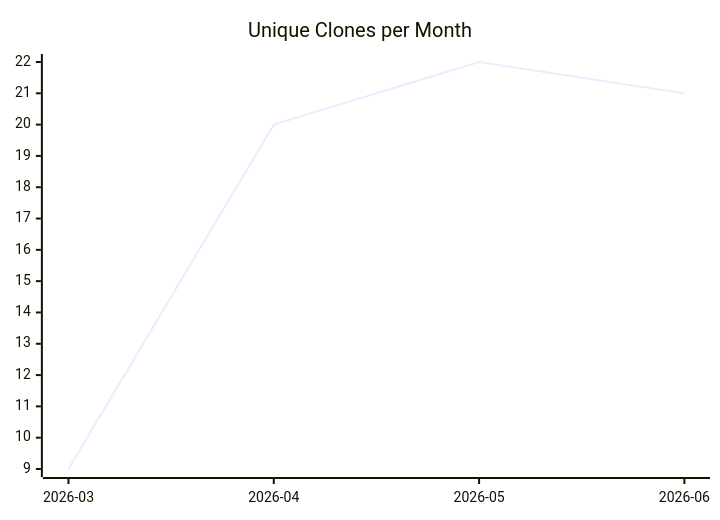
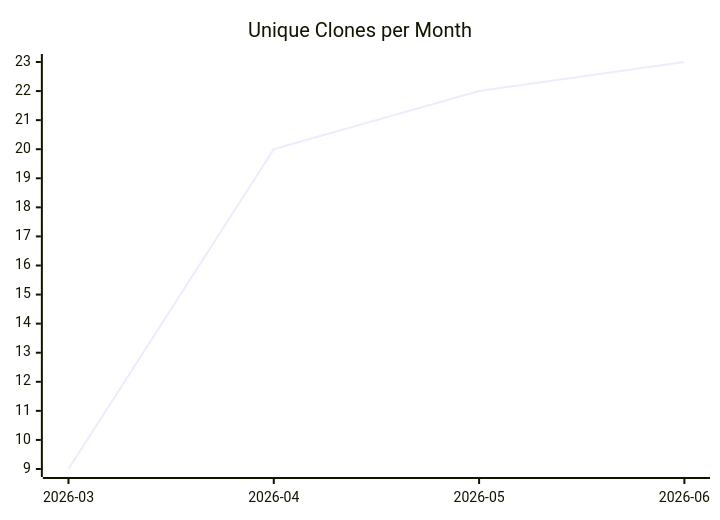
Before and after one commit to justdavis-family/github-analytics-data: the third of 3 diagrams in karlmdavis/kxml2/README.md, drawn with Mermaid. The commit also changed other lines of this file and 200 other files, not shown here.

````diff
--- a/karlmdavis/kxml2/README.md
+++ b/karlmdavis/kxml2/README.md
@@ -19,6 +19,6 @@
 ```mermaid
 xychart-beta
   title "Unique Clones per Month"
   x-axis ["2026-03", "2026-04", "2026-05", "2026-06"]
-  line [9, 20, 22, 21]
+  line [9, 20, 22, 23]
 ```
````
